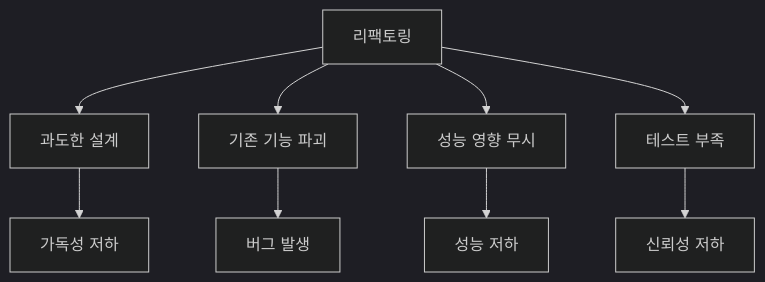
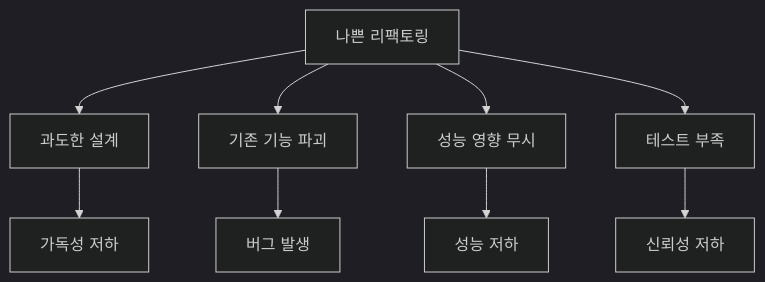
One commit to 42jerrykim/42jerrykim.github.io changed the third of 9 diagrams in content/post/2024/2024-09-09-Refactoring/index.md. Above: the diagram before and after it, drawn with Mermaid (dark theme). The commit also changed other lines of this file and 239 other files, not shown here.

````diff
--- a/content/post/2024/2024-09-09-Refactoring/index.md
+++ b/content/post/2024/2024-09-09-Refactoring/index.md
@@ -387,11 +278,20 @@
 ```mermaid
-graph TD;
-    A[리팩토링] --> B[과도한 설계]
-    A --> C[기존 기능 파괴]
-    A --> D[성능 영향 무시]
-    A --> E[테스트 부족]
-    B --> F[가독성 저하]
-    C --> G[버그 발생]
-    D --> H[성능 저하]
-    E --> I[신뢰성 저하]
+graph TD
+    BadRefactor["나쁜 리팩토링"]
+    OverEng["과도한 설계"]
+    BreakFunc["기존 기능 파괴"]
+    IgnorePerf["성능 영향 무시"]
+    NoTest["테스트 부족"]
+    ReadDown["가독성 저하"]
+    Bug["버그 발생"]
+    PerfDown["성능 저하"]
+    TrustDown["신뢰성 저하"]
+    BadRefactor --> OverEng
+    BadRefactor --> BreakFunc
+    BadRefactor --> IgnorePerf
+    BadRefactor --> NoTest
+    OverEng --> ReadDown
+    BreakFunc --> Bug
+    IgnorePerf --> PerfDown
+    NoTest --> TrustDown
 ```
````
